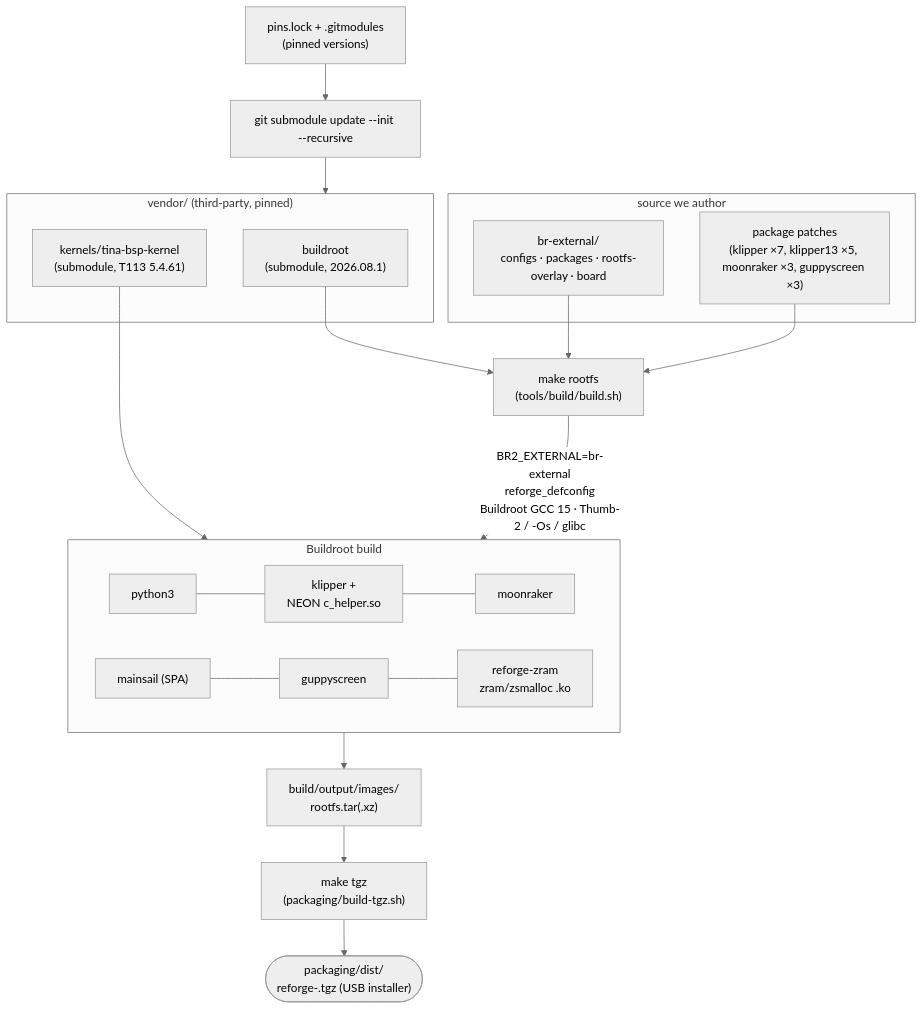
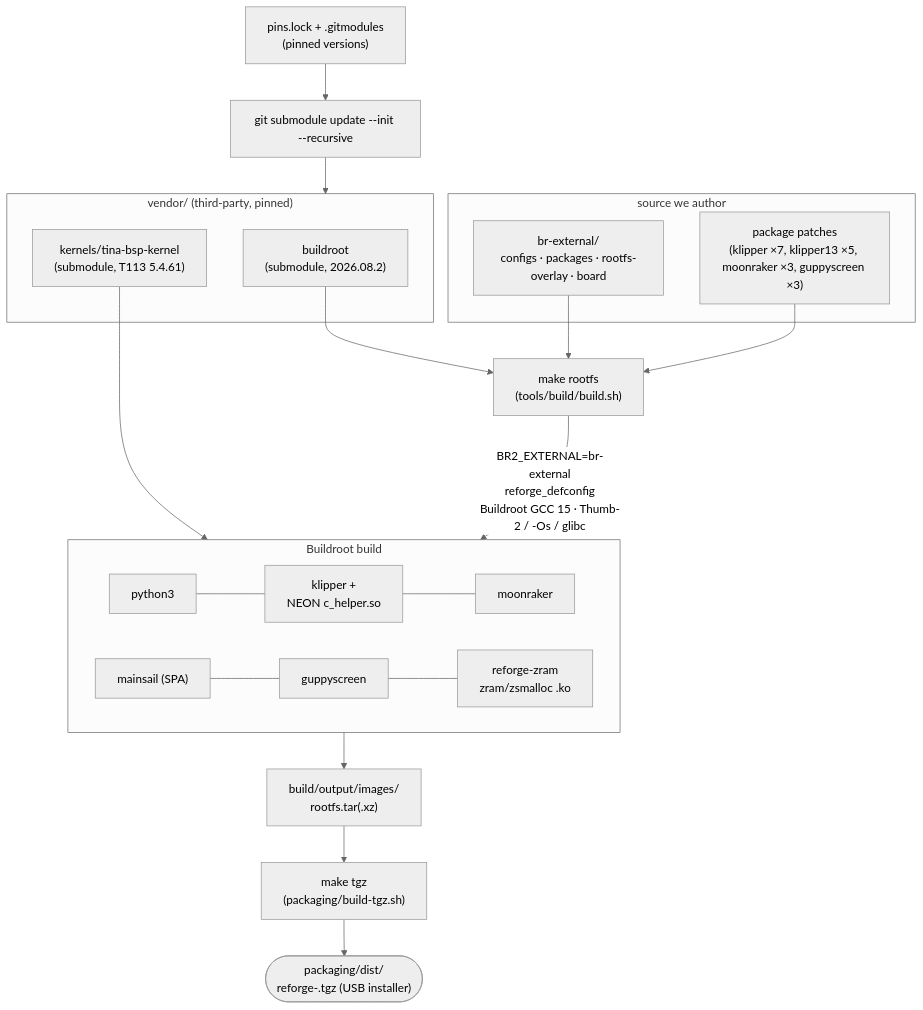
One commit to maci0/reforge changed the first of 2 diagrams in docs/build-process.md. Above: the diagram before and after it, drawn with Mermaid (neutral theme). The commit also changed other lines of this file and 15 other files, not shown here.

````diff
--- a/docs/build-process.md
+++ b/docs/build-process.md
@@ -25,31 +29,31 @@
 ```mermaid
 flowchart TB
     PINS["pins.lock + .gitmodules<br/>(pinned versions)"] --> SUB
 
     subgraph vendor["vendor/ (third-party, pinned)"]
-        BR["buildroot<br/>(submodule, 2026.08.1)"]
+        BR["buildroot<br/>(submodule, 2026.08.2)"]
         BSP["kernels/tina-bsp-kernel<br/>(submodule, T113 5.4.61)"]
     end
     SUB["git submodule update --init --recursive"] --> vendor
 
     subgraph src["source we author"]
         EXT["br-external/<br/>configs · packages · rootfs-overlay · board"]
         PATCH["package patches<br/>(klipper ×7, klipper13 ×5, moonraker ×3, guppyscreen ×3)"]
     end
 
     BR --> MK["make rootfs<br/>(tools/build/build.sh)"]
     EXT --> MK
     PATCH --> MK
     MK -->|"BR2_EXTERNAL=br-external<br/>reforge_defconfig<br/>Buildroot GCC 15 · Thumb-2 / -Os / glibc"| BUILD
 
     subgraph BUILD["Buildroot build"]
         direction LR
         PY["python3"] --- KLP["klipper +<br/>NEON c_helper.so"] --- MOO["moonraker"]
         MAIN["mainsail (SPA)"] --- GUP["guppyscreen"] --- ZR["reforge-zram<br/>zram/zsmalloc .ko"]
     end
     BSP --> ZR
 
     BUILD --> OUT["build/output/images/<br/>rootfs.tar(.xz)"]
     OUT --> TGZ["make tgz<br/>(packaging/build-tgz.sh)"]
     TGZ --> DIST(["packaging/dist/<br/>reforge-<ver>.tgz  (USB installer)"])
 ```
````
